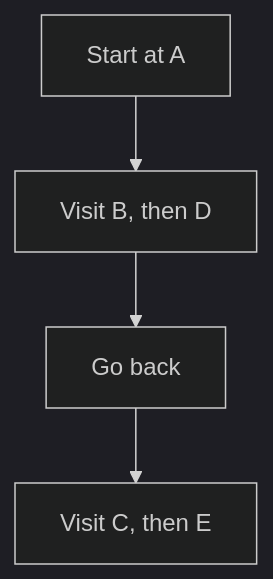
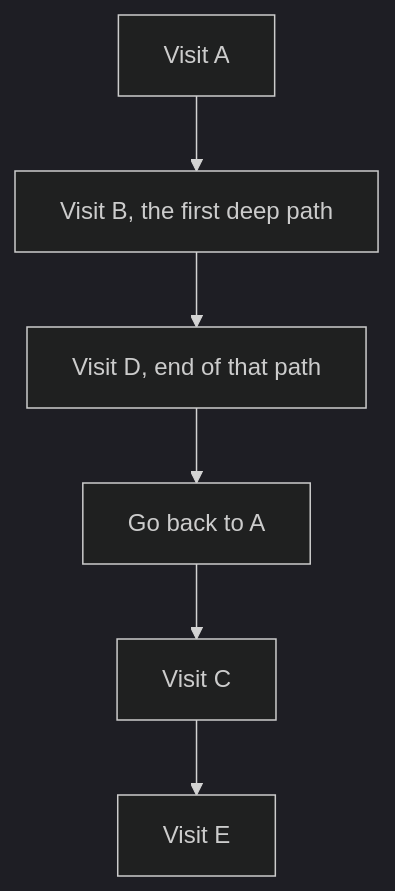
Before and after one commit to xolghadr/dsa-guide: diagram 12 of 19 in ReadMe.md, drawn with Mermaid (dark theme). The commit also changed other lines of this file, not shown here.

````diff
--- a/ReadMe.md
+++ b/ReadMe.md
@@ -590,6 +662,8 @@
 ```mermaid
 flowchart TD
-    start[Start at A] --> deep[Visit B, then D]
-    deep --> back[Go back]
-    back --> next[Visit C, then E]
+    start["Visit A"] --> b["Visit B, the first deep path"]
+    b --> d["Visit D, end of that path"]
+    d --> back["Go back to A"]
+    back --> c["Visit C"]
+    c --> e["Visit E"]
 ```
````
